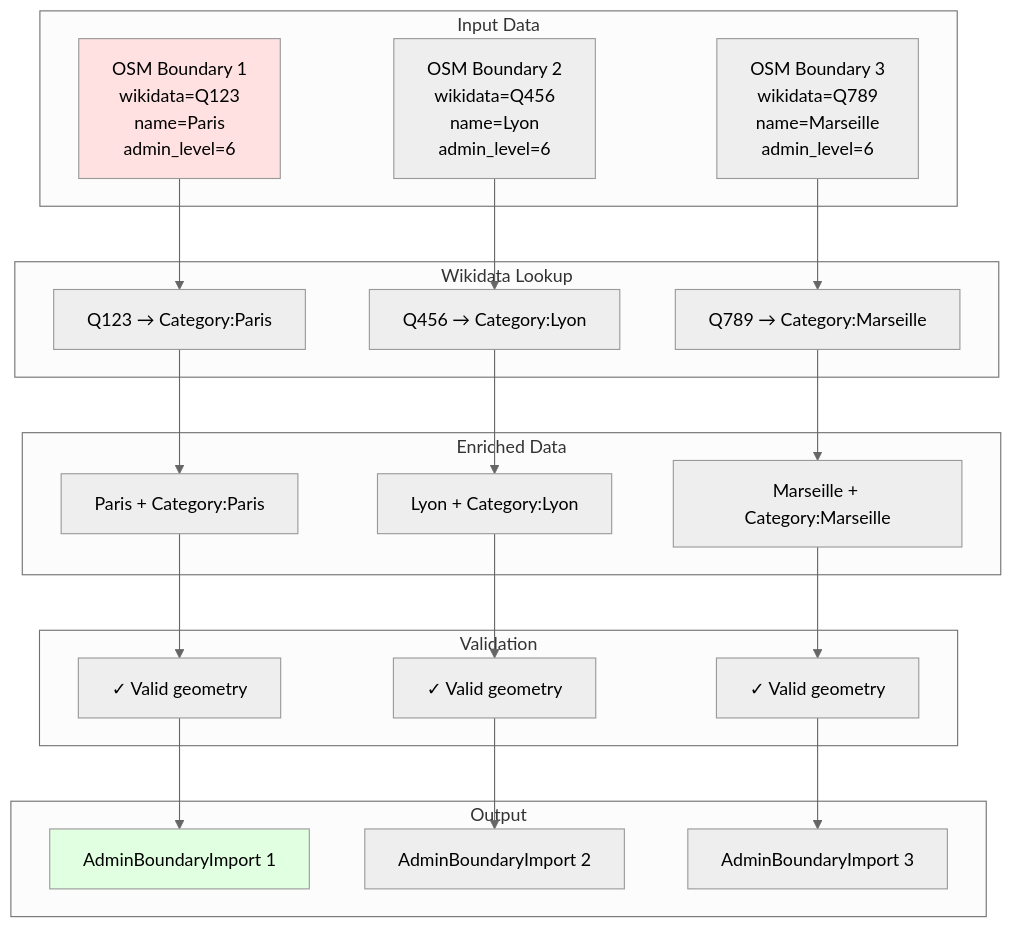
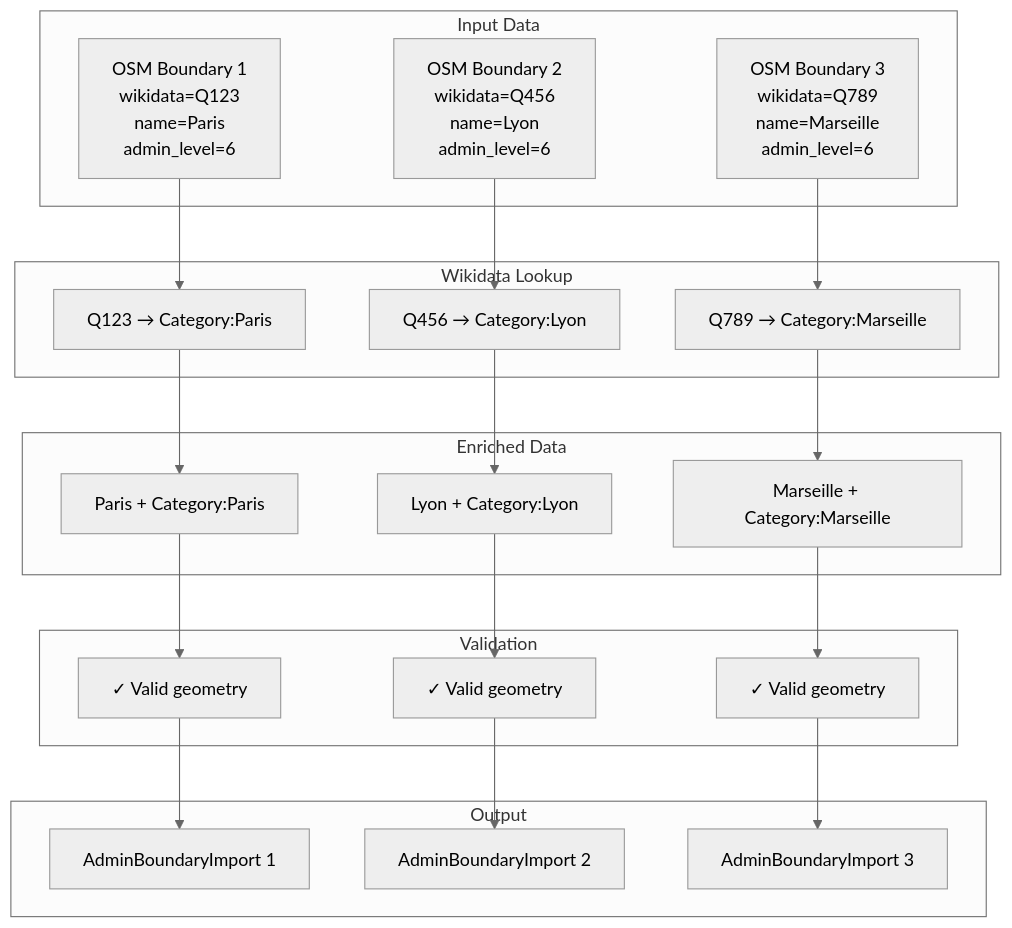
Before and after one commit to DaxServer/geocode-commons-categories: the tenth of 12 diagrams in docs/import/data-flow.md, drawn with Mermaid (neutral theme). The commit also changed other lines of this file and 5 other files, not shown here.

````diff
--- a/docs/import/data-flow.md
+++ b/docs/import/data-flow.md
@@ -552,51 +547,49 @@
 ```mermaid
 graph TD
     subgraph "Input Data"
         OSM1[OSM Boundary 1<br/>wikidata=Q123<br/>name=Paris<br/>admin_level=6]
         OSM2[OSM Boundary 2<br/>wikidata=Q456<br/>name=Lyon<br/>admin_level=6]
         OSM3[OSM Boundary 3<br/>wikidata=Q789<br/>name=Marseille<br/>admin_level=6]
     end
 
     subgraph "Wikidata Lookup"
         CAT1[Q123 → Category:Paris]
         CAT2[Q456 → Category:Lyon]
         CAT3[Q789 → Category:Marseille]
     end
 
     subgraph "Enriched Data"
         ENR1[Paris + Category:Paris]
         ENR2[Lyon + Category:Lyon]
         ENR3[Marseille + Category:Marseille]
     end
 
     subgraph "Validation"
         V1[✓ Valid geometry]
         V2[✓ Valid geometry]
         V3[✓ Valid geometry]
     end
 
     subgraph "Output"
         OUT1[AdminBoundaryImport 1]
         OUT2[AdminBoundaryImport 2]
         OUT3[AdminBoundaryImport 3]
     end
 
     OSM1 --> CAT1
     OSM2 --> CAT2
     OSM3 --> CAT3
 
     CAT1 --> ENR1
     CAT2 --> ENR2
     CAT3 --> ENR3
 
     ENR1 --> V1
     ENR2 --> V2
     ENR3 --> V3
 
     V1 --> OUT1
     V2 --> OUT2
     V3 --> OUT3
 
-    style OSM1 fill:#ffe1e1
-    style OUT1 fill:#e1ffe1
 ```
````
